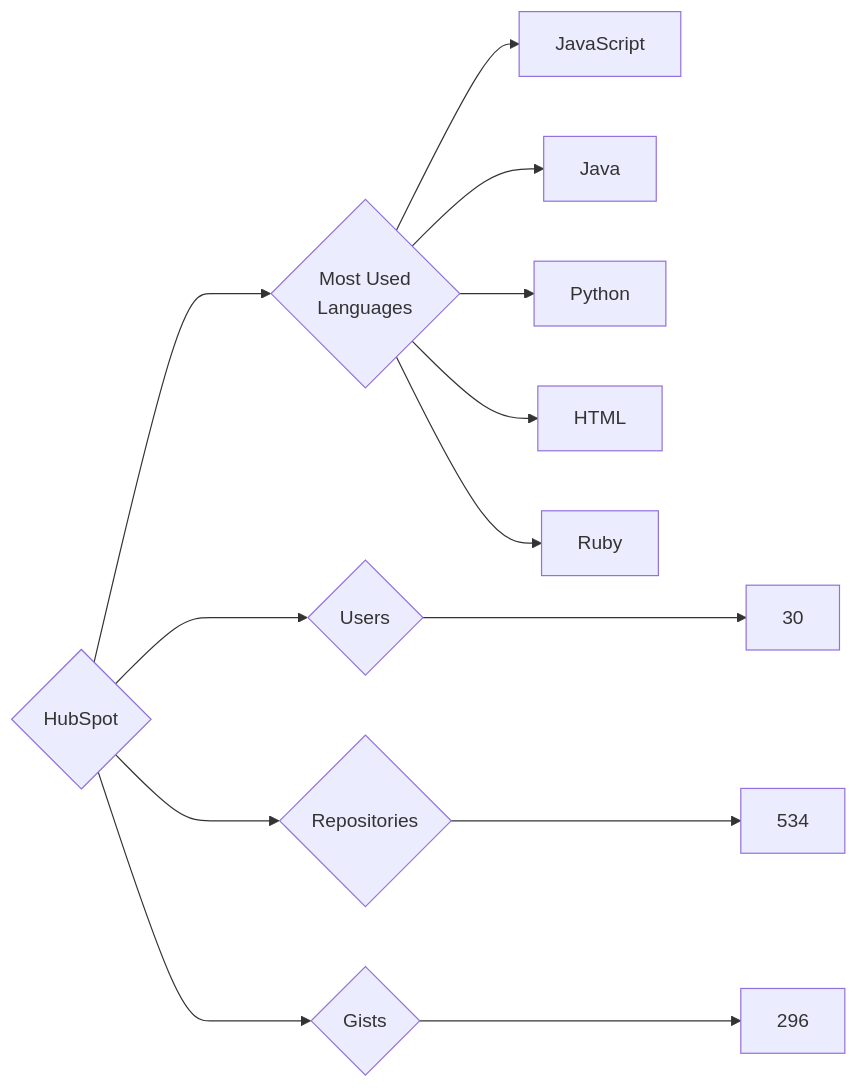
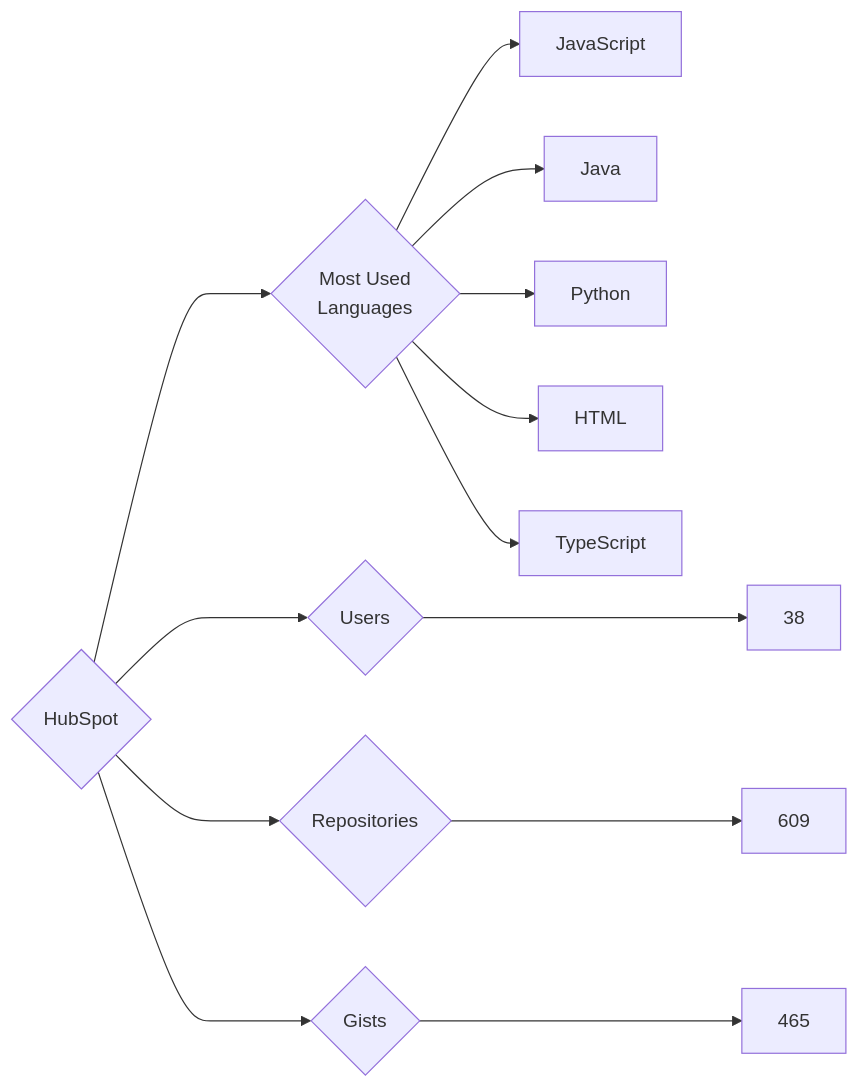
The diagram in targets/HubSpot/README.md (trickest/insiders), drawn with Mermaid before and after one commit. The commit also changed 772 other files, not shown here.

````diff
--- a/targets/HubSpot/README.md
+++ b/targets/HubSpot/README.md
@@ -3,13 +3,13 @@
 ```mermaid
 graph LR
 COMPANY_NAME{HubSpot}
-COMPANY_NAME ---> U{Users} ---> UN[30]
-COMPANY_NAME ---> R{Repositories} ---> RN[534]
-COMPANY_NAME ---> G{Gists} ---> GN[296]
+COMPANY_NAME ---> U{Users} ---> UN[38]
+COMPANY_NAME ---> R{Repositories} ---> RN[609]
+COMPANY_NAME ---> G{Gists} ---> GN[465]
 COMPANY_NAME ---> ML{Most Used<br>Languages}
 ML --> JavaScript[JavaScript]
 ML --> Java[Java]
 ML --> Python[Python]
 ML --> HTML[HTML]
-ML --> Ruby[Ruby]
+ML --> TypeScript[TypeScript]
 ```
````
